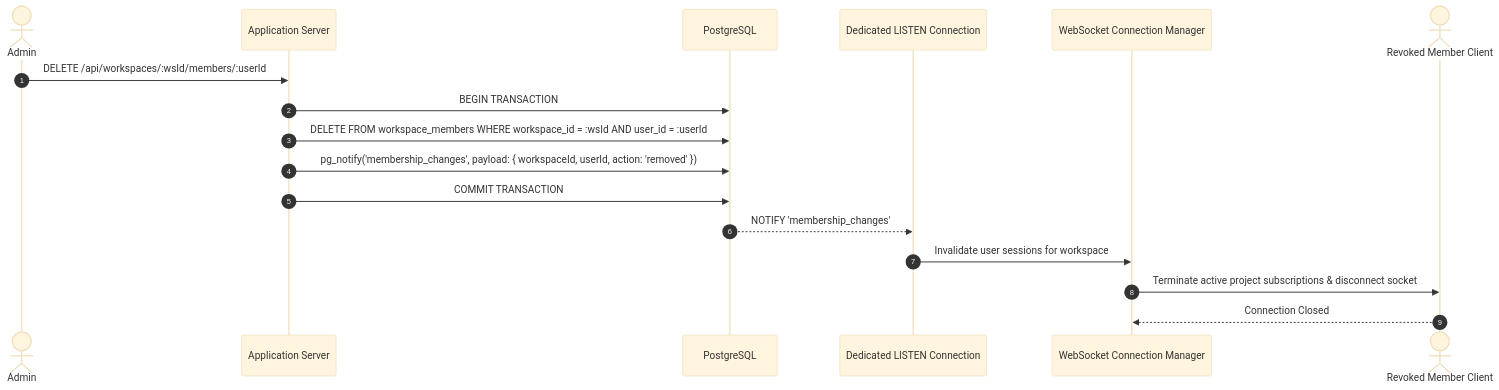
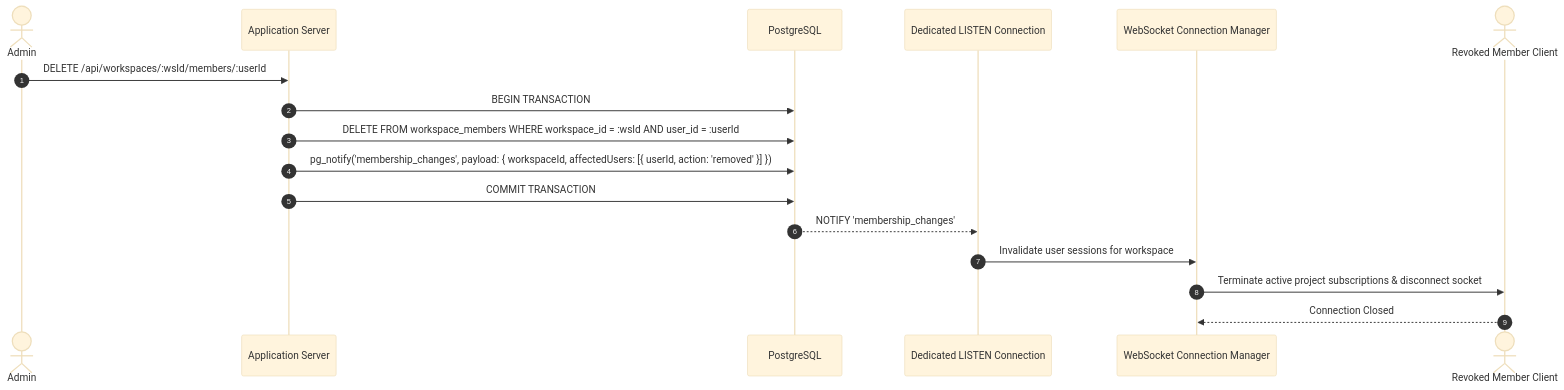
The sixth of 6 diagrams in docs/ARCHITECTURE.md (ssuryansh-in/SyncSpace), drawn with Mermaid (base theme) before and after one commit. The commit also changed 8 other files, not shown here.

````diff
--- a/docs/ARCHITECTURE.md
+++ b/docs/ARCHITECTURE.md
@@ -227,20 +227,20 @@
 ```mermaid
 sequenceDiagram
     autonumber
     actor Admin
     participant Server as Application Server
     participant DB as PostgreSQL
     participant Listener as Dedicated LISTEN Connection
     participant WSManager as WebSocket Connection Manager
     actor RevokedMember as Revoked Member Client
 
     Admin->>Server: DELETE /api/workspaces/:wsId/members/:userId
     Server->>DB: BEGIN TRANSACTION
     Server->>DB: DELETE FROM workspace_members WHERE workspace_id = :wsId AND user_id = :userId
-    Server->>DB: pg_notify('membership_changes', payload: { workspaceId, userId, action: 'removed' })
+    Server->>DB: pg_notify('membership_changes', payload: { workspaceId, affectedUsers: [{ userId, action: 'removed' }] })
     Server->>DB: COMMIT TRANSACTION
     DB-->>Listener: NOTIFY 'membership_changes'
     Listener->>WSManager: Invalidate user sessions for workspace
     WSManager->>RevokedMember: Terminate active project subscriptions & disconnect socket
     RevokedMember-->>WSManager: Connection Closed
 ```
````
